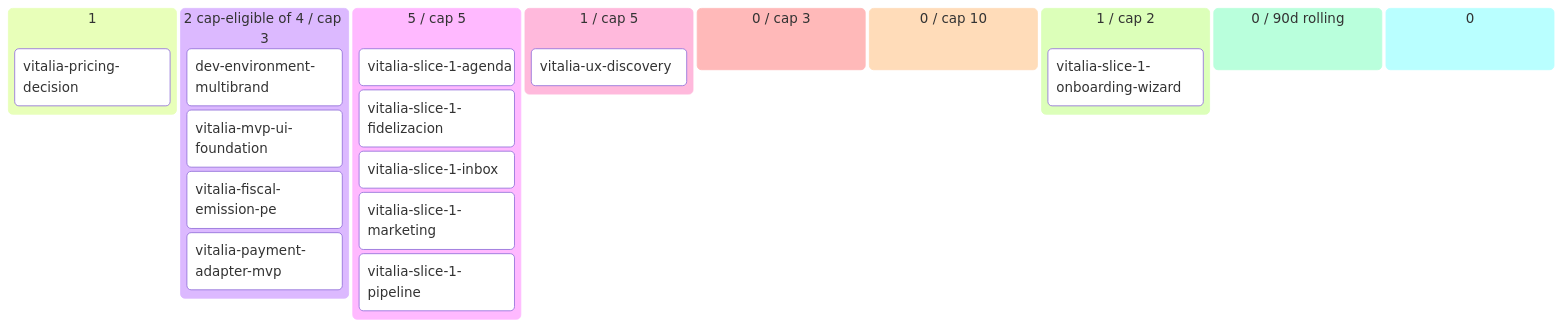
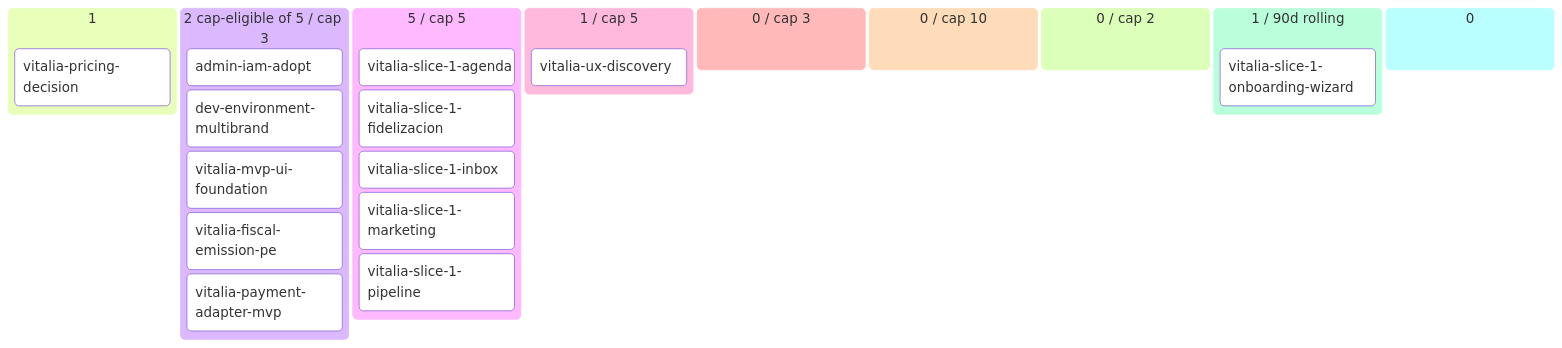
One commit to alpaca-purpura/luana-platform changed the diagram in vitalia/docs/product/BACKLOG.md. Above: the diagram before and after it, drawn with Mermaid. The commit also changed other lines of this file and 96 other files, not shown here.

First line of the commit message:
feat(vitalia): adopt luana-core-iam + brand-extension clinics + admin Streamlit port 8502

````diff
--- a/vitalia/docs/product/BACKLOG.md
+++ b/vitalia/docs/product/BACKLOG.md
@@ -46,24 +47,25 @@
 ```mermaid
 kanban
   💡 Ideas (1)
     vitalia-pricing-decision[vitalia-pricing-decision]
-  🔬 Refining (2 cap-eligible of 4 / cap 3)
+  🔬 Refining (2 cap-eligible of 5 / cap 3)
+    admin-iam-adopt[admin-iam-adopt]
     dev-environment-multibrand[dev-environment-multibrand]
     vitalia-mvp-ui-foundation[vitalia-mvp-ui-foundation]
     vitalia-fiscal-emission-pe[vitalia-fiscal-emission-pe]
     vitalia-payment-adapter-mvp[vitalia-payment-adapter-mvp]
   ✅ Refined (5 / cap 5)
     vitalia-slice-1-agenda[vitalia-slice-1-agenda]
     vitalia-slice-1-fidelizacion[vitalia-slice-1-fidelizacion]
     vitalia-slice-1-inbox[vitalia-slice-1-inbox]
     vitalia-slice-1-marketing[vitalia-slice-1-marketing]
     vitalia-slice-1-pipeline[vitalia-slice-1-pipeline]
   📦 Ready (1 / cap 5)
     vitalia-ux-discovery[vitalia-ux-discovery]
   🔨 Developing (0 / cap 3)
   🧪 Developed (0 / cap 10)
-  🔍 Reviewing (1 / cap 2)
+  🔍 Reviewing (0 / cap 2)
+  ✅ Done (1 / 90d rolling)
     vitalia-slice-1-onboarding-wiz[vitalia-slice-1-onboarding-wizard]
-  ✅ Done (0 / 90d rolling)
   🅿 Parked (0)
 ```
````
